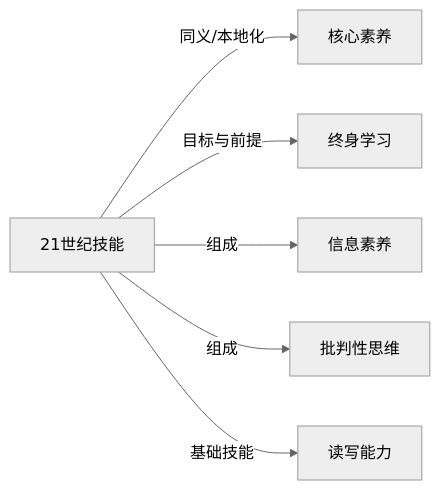
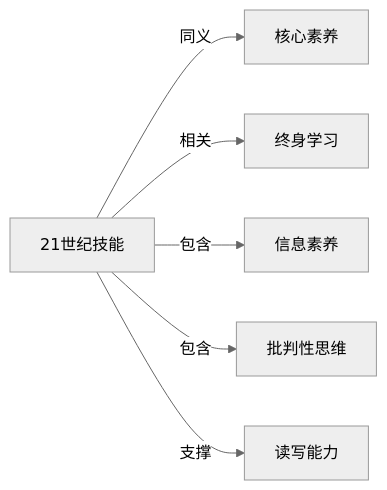
One commit to KIMMCHOW/MyKnowledge changed the diagram in Knowledge/Concepts/教育/21世纪技能.md. Above: the diagram before and after it, drawn with Mermaid (neutral theme). The commit also changed 95 other files, not shown here.

Commit message:
reorganize: 统一关系图边标签为11类

````diff
--- a/Knowledge/Concepts/教育/21世纪技能.md
+++ b/Knowledge/Concepts/教育/21世纪技能.md
@@ -46,8 +46,8 @@
 ```mermaid
 graph LR
-21世纪技能 -->|同义/本地化| 核心素养
-21世纪技能 -->|目标与前提| 终身学习
-21世纪技能 -->|组成| 信息素养
-21世纪技能 -->|组成| 批判性思维
-21世纪技能 -->|基础技能| 读写能力
+21世纪技能 -->|同义| 核心素养
+21世纪技能 -->|相关| 终身学习
+21世纪技能 -->|包含| 信息素养
+21世纪技能 -->|包含| 批判性思维
+21世纪技能 -->|支撑| 读写能力
 ```
````
